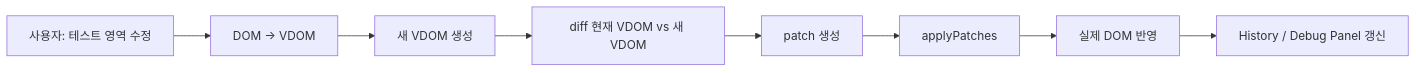
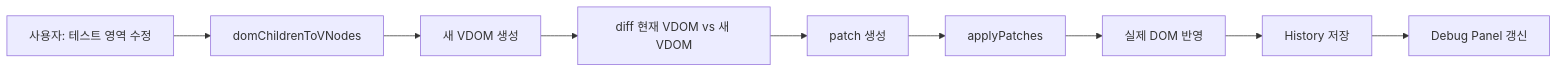
One commit to NearthYou/MyReact_WednsdayCodingClub changed the second of 5 diagrams in README.md. Above: the diagram before and after it, drawn with Mermaid. The commit also changed other lines of this file, not shown here.

````diff
--- a/README.md
+++ b/README.md
@@ -21,10 +71,11 @@
 ```mermaid
 flowchart LR
-    A[사용자: 테스트 영역 수정] --> B[DOM -> VDOM]
+    A[사용자: 테스트 영역 수정] --> B[domChildrenToVNodes]
     B --> C[새 VDOM 생성]
     C --> D[diff 현재 VDOM vs 새 VDOM]
     D --> E[patch 생성]
     E --> F[applyPatches]
     F --> G[실제 DOM 반영]
-    G --> H[History / Debug Panel 갱신]
+    G --> H[History 저장]
+    H --> I[Debug Panel 갱신]
 ```
````
